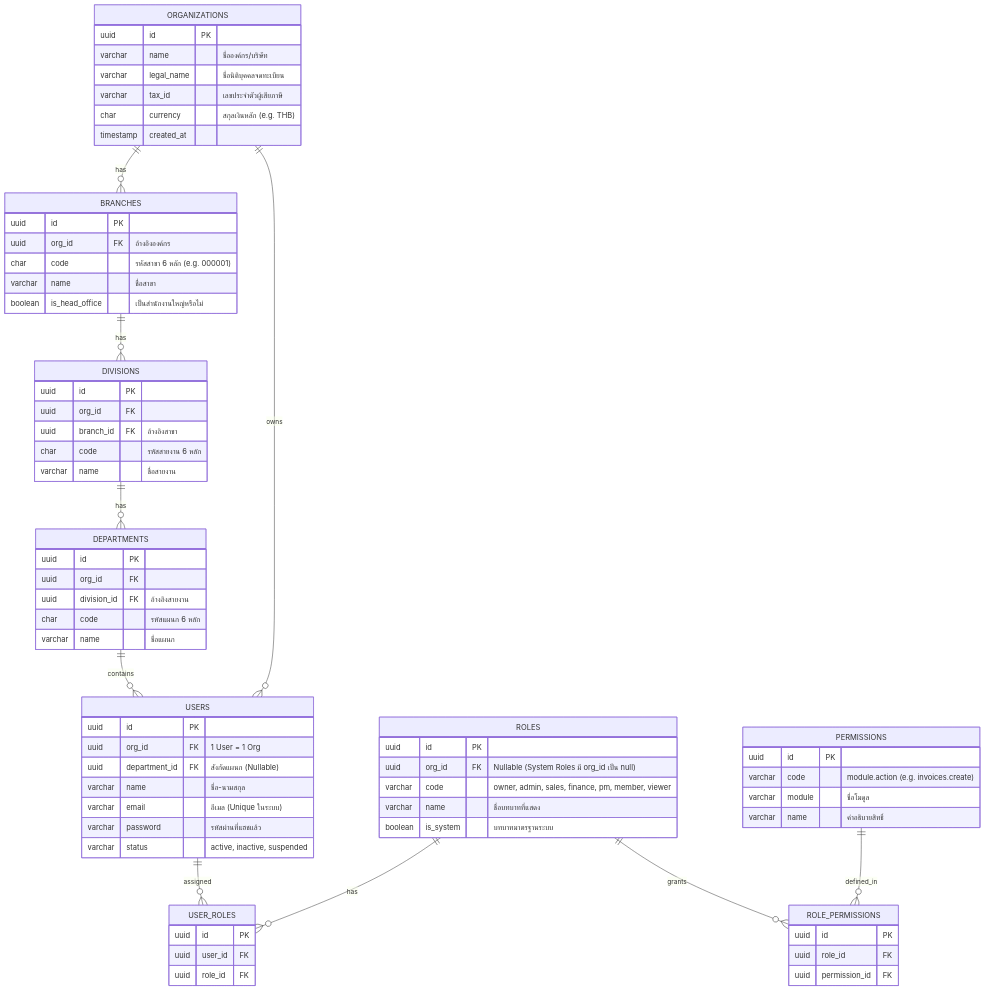
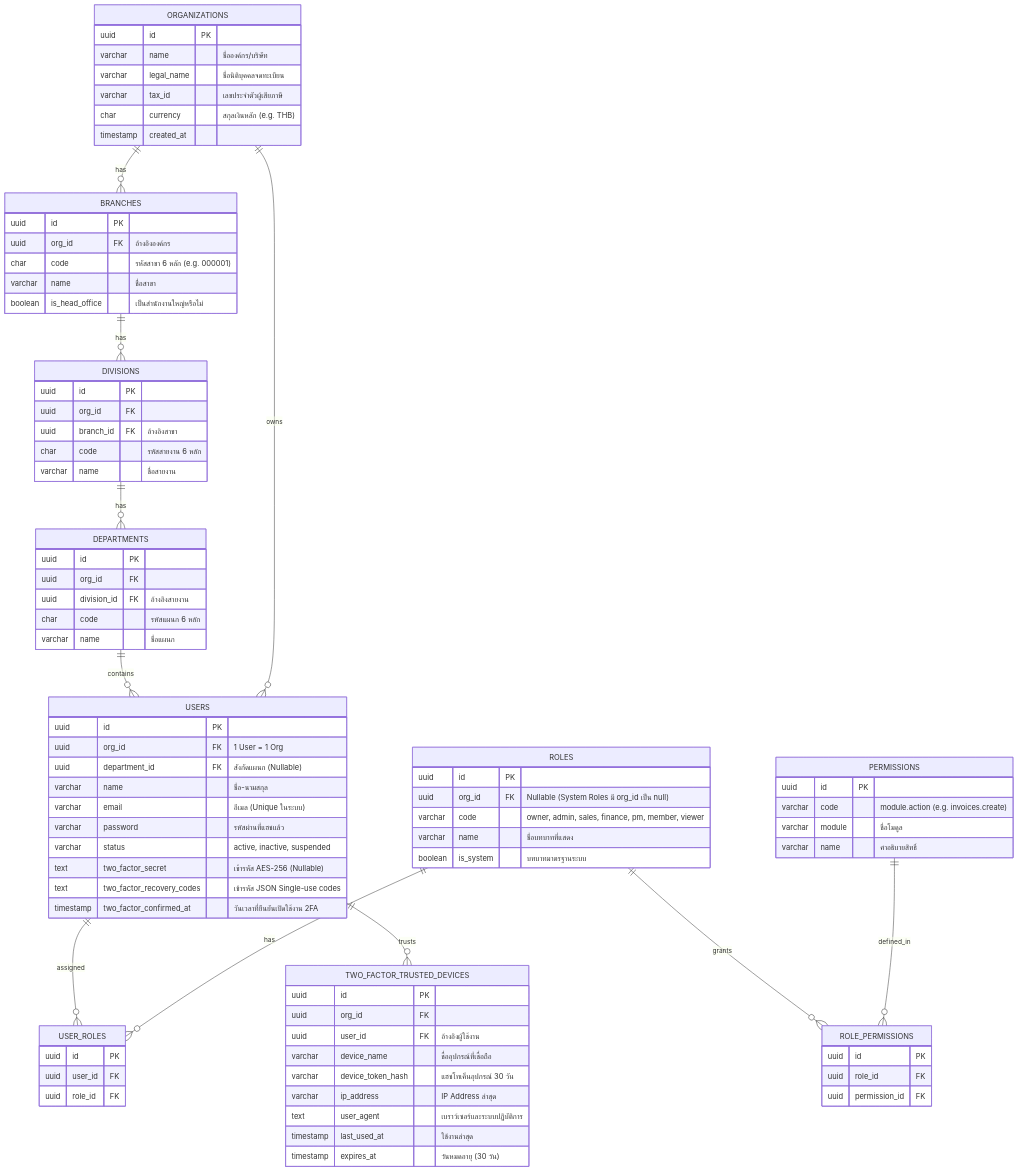
Before and after one commit to anuwatm/ERP: the second of 13 diagrams in document/DATABASE_ERD.md, drawn with Mermaid. The commit also changed other lines of this file and 9 other files, not shown here.

````diff
--- a/document/DATABASE_ERD.md
+++ b/document/DATABASE_ERD.md
@@ -117,6 +129,21 @@
         varchar email "อีเมล (Unique ในระบบ)"
         varchar password "รหัสผ่านที่แฮชแล้ว"
         varchar status "active, inactive, suspended"
+        text two_factor_secret "เข้ารหัส AES-256 (Nullable)"
+        text two_factor_recovery_codes "เข้ารหัส JSON Single-use codes"
+        timestamp two_factor_confirmed_at "วันเวลาที่ยืนยันเปิดใช้งาน 2FA"
+    }
+
+    TWO_FACTOR_TRUSTED_DEVICES {
+        uuid id PK
+        uuid org_id FK
+        uuid user_id FK "อ้างอิงผู้ใช้งาน"
+        varchar device_name "ชื่ออุปกรณ์ที่เชื่อถือ"
+        varchar device_token_hash "แฮชโทเค็นอุปกรณ์ 30 วัน"
+        varchar ip_address "IP Address ล่าสุด"
+        text user_agent "เบราว์เซอร์และระบบปฏิบัติการ"
+        timestamp last_used_at "ใช้งานล่าสุด"
+        timestamp expires_at "วันหมดอายุ (30 วัน)"
     }
 
     ROLES {
@@ -155,4 +182,5 @@
     ROLES ||--o{ USER_ROLES : "has"
     ROLES ||--o{ ROLE_PERMISSIONS : "grants"
     PERMISSIONS ||--o{ ROLE_PERMISSIONS : "defined_in"
+    USERS ||--o{ TWO_FACTOR_TRUSTED_DEVICES : "trusts"
 ```
````
